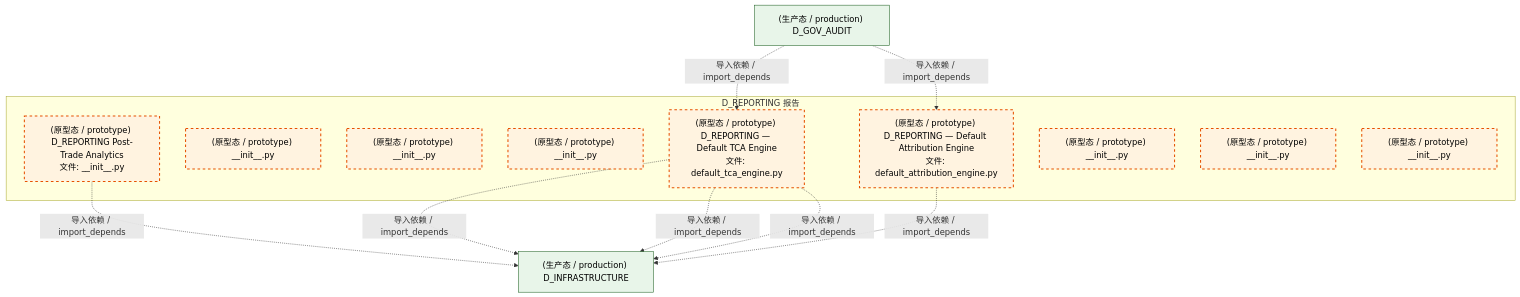
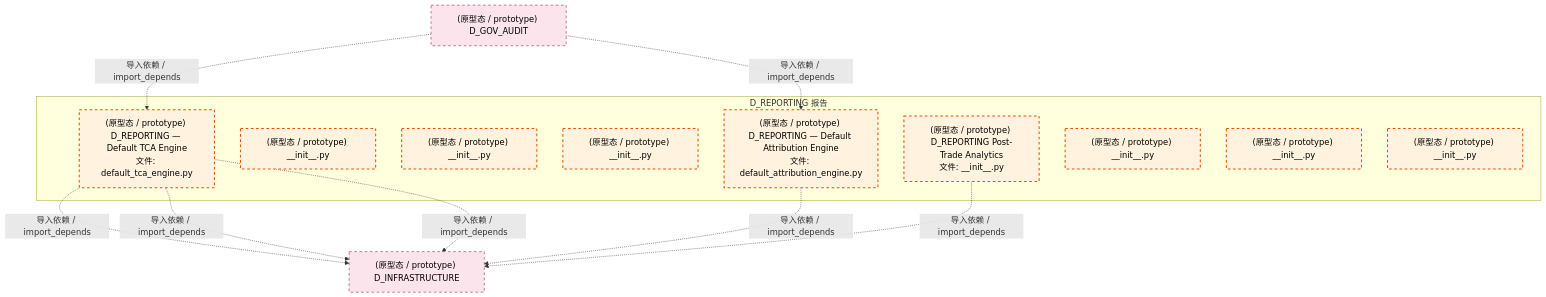
The third of 4 diagrams in docs/02_enterprise_architecture/02_domain_architecture_docs/23_d_reporting.md (xuanFelixVan/ZephyrAlpha), drawn with Mermaid before and after one commit. The commit also changed other lines of this file and 126 other files, not shown here.

````diff
--- a/docs/02_enterprise_architecture/02_domain_architecture_docs/23_d_reporting.md
+++ b/docs/02_enterprise_architecture/02_domain_architecture_docs/23_d_reporting.md
@@ -153,29 +154,29 @@
 ```mermaid
 graph TD
     subgraph D_REPORTING["D_REPORTING 报告"]
         src_zephyr_reporting_init_py["(原型态 / prototype) D_REPORTING Post-Trade Analytics<br/>文件: __init__.py"]
         src_zephyr_reporting_extensions_init_py["(原型态 / prototype) __init__.py"]
         src_zephyr_reporting_api_init_py["(原型态 / prototype) __init__.py"]
         src_zephyr_reporting_core_init_py["(原型态 / prototype) __init__.py"]
         src_zephyr_reporting_default_attribution_engine_py["(原型态 / prototype) D_REPORTING — Default Attribution Engine<br/>文件: default_attribution_engine.py"]
         src_zephyr_reporting_default_tca_engine_py["(原型态 / prototype) D_REPORTING — Default TCA Engine<br/>文件: default_tca_engine.py"]
         src_zephyr_reporting_infrastructure_init_py["(原型态 / prototype) __init__.py"]
         src_zephyr_reporting_models_init_py["(原型态 / prototype) __init__.py"]
         src_zephyr_reporting_services_init_py["(原型态 / prototype) __init__.py"]
     end
-    D_INFRASTRUCTURE["(生产态 / production) D_INFRASTRUCTURE"]
-    src_zephyr_reporting_default_attribution_engine_py -.->|导入依赖 / import_depends| D_INFRASTRUCTURE
-    src_zephyr_reporting_default_tca_engine_py -.->|导入依赖 / import_depends| D_INFRASTRUCTURE
-    src_zephyr_reporting_init_py -.->|导入依赖 / import_depends| D_INFRASTRUCTURE
+    D_INFRASTRUCTURE["(原型态 / prototype) D_INFRASTRUCTURE"]
     src_zephyr_reporting_default_tca_engine_py -.->|导入依赖 / import_depends| D_INFRASTRUCTURE
     src_zephyr_reporting_default_tca_engine_py -.->|导入依赖 / import_depends| D_INFRASTRUCTURE
-    D_GOV_AUDIT["(生产态 / production) D_GOV_AUDIT"]
+    src_zephyr_reporting_default_tca_engine_py -.->|导入依赖 / import_depends| D_INFRASTRUCTURE
+    src_zephyr_reporting_default_attribution_engine_py -.->|导入依赖 / import_depends| D_INFRASTRUCTURE
+    src_zephyr_reporting_init_py -.->|导入依赖 / import_depends| D_INFRASTRUCTURE
+    D_GOV_AUDIT["(原型态 / prototype) D_GOV_AUDIT"]
+    D_GOV_AUDIT -.->|导入依赖 / import_depends| src_zephyr_reporting_default_attribution_engine_py
     D_GOV_AUDIT -.->|导入依赖 / import_depends| src_zephyr_reporting_default_tca_engine_py
-    D_GOV_AUDIT -.->|导入依赖 / import_depends| src_zephyr_reporting_default_attribution_engine_py
     classDef production fill:#e1f5fe,stroke:#01579b,stroke-width:2px,color:#000
     classDef design fill:#fff3e0,stroke:#e65100,stroke-width:2px,color:#000,stroke-dasharray: 5 5
     classDef external_prod fill:#e8f5e9,stroke:#1b5e20,stroke-width:1px,color:#000
     classDef external_design fill:#fce4ec,stroke:#880e4f,stroke-width:1px,color:#000,stroke-dasharray: 5 5
     class src_zephyr_reporting_init_py,src_zephyr_reporting_extensions_init_py,src_zephyr_reporting_api_init_py,src_zephyr_reporting_core_init_py,src_zephyr_reporting_default_attribution_engine_py,src_zephyr_reporting_default_tca_engine_py,src_zephyr_reporting_infrastructure_init_py,src_zephyr_reporting_models_init_py,src_zephyr_reporting_services_init_py design
-    class D_INFRASTRUCTURE,D_GOV_AUDIT external_prod
+    class D_INFRASTRUCTURE,D_GOV_AUDIT external_design
 ```
````
